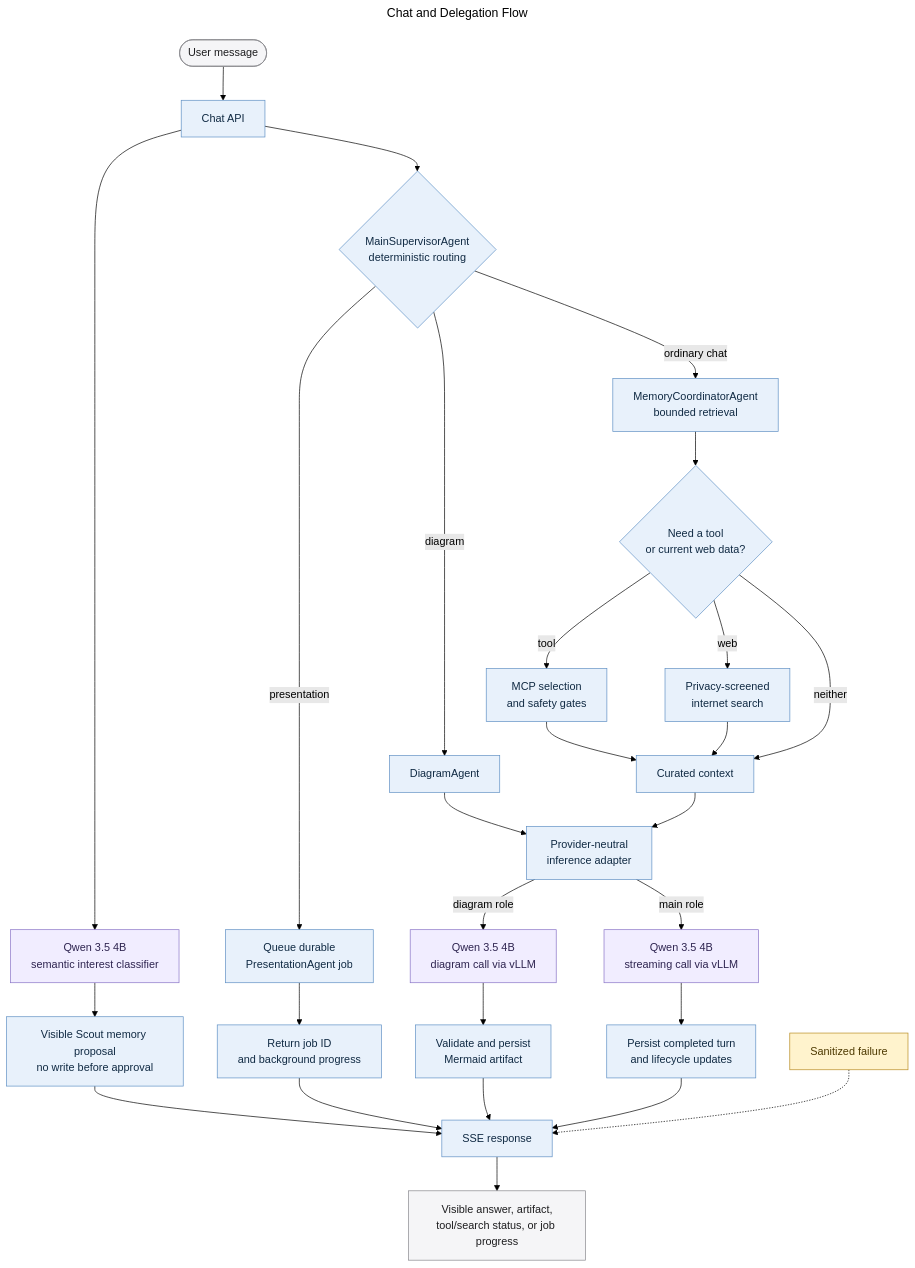
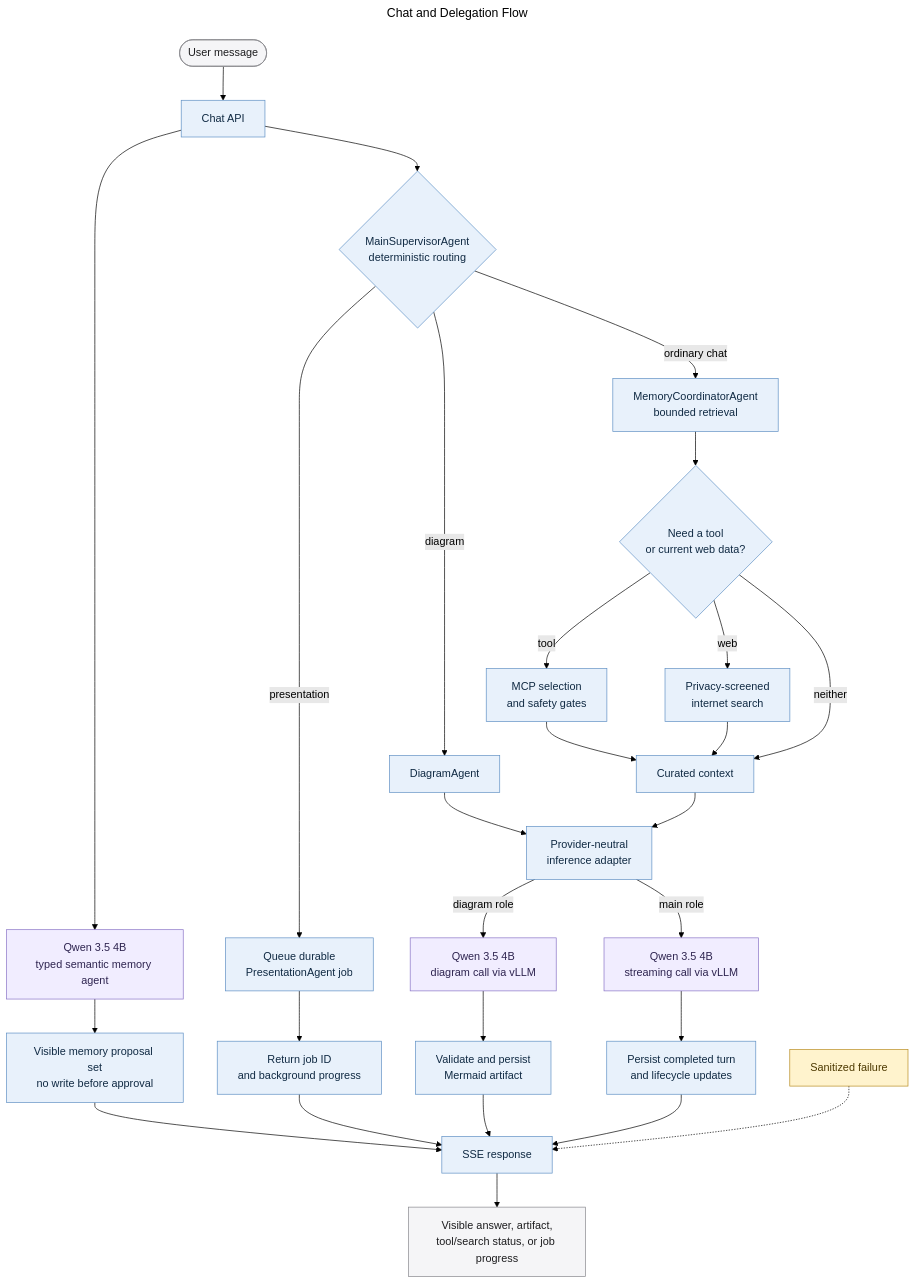
The diagram in docs/diagrams/chat-orchestration.mmd (MallyaAni/PersonalAssistant), drawn with Mermaid (forest theme) before and after one commit. The commit also changed 25 other files, not shown here.

```diff
--- a/docs/diagrams/chat-orchestration.mmd
+++ b/docs/diagrams/chat-orchestration.mmd
@@ -1,45 +1,45 @@
 ---
 title: Chat and Delegation Flow
 ---
 flowchart TB
     User([User message]) --> API[Chat API]
-    API --> Interest[Qwen 3.5 4B<br/>semantic interest classifier]
-    Interest --> Proposal[Visible Scout memory proposal<br/>no write before approval]
+    API --> Interest[Qwen 3.5 4B<br/>typed semantic memory agent]
+    Interest --> Proposal[Visible memory proposal set<br/>no write before approval]
     API --> Supervisor{MainSupervisorAgent<br/>deterministic routing}
 
     Supervisor -->|presentation| Presentation[Queue durable<br/>PresentationAgent job]
     Presentation --> Progress[Return job ID<br/>and background progress]
 
     Supervisor -->|diagram| Diagram[DiagramAgent]
     Diagram --> Inference[Provider-neutral<br/>inference adapter]
     Inference -->|diagram role| DiagramModel[Qwen 3.5 4B<br/>diagram call via vLLM]
     DiagramModel --> Artifact[Validate and persist<br/>Mermaid artifact]
 
     Supervisor -->|ordinary chat| Memory[MemoryCoordinatorAgent<br/>bounded retrieval]
     Memory --> Optional{Need a tool<br/>or current web data?}
     Optional -->|tool| MCP[MCP selection<br/>and safety gates]
     Optional -->|web| Search[Privacy-screened<br/>internet search]
     Optional -->|neither| Context[Curated context]
     MCP --> Context
     Search --> Context
 
     Context --> Inference
     Inference -->|main role| Main[Qwen 3.5 4B<br/>streaming call via vLLM]
     Main --> Persist[Persist completed turn<br/>and lifecycle updates]
     Persist --> Stream[SSE response]
     Proposal --> Stream
 
     Artifact --> Stream
     Progress --> Stream
     Stream --> UI[Visible answer, artifact,<br/>tool/search status, or job progress]
 
     Failure[Sanitized failure] -.-> Stream
 
     classDef interface fill:#f5f5f7,stroke:#86868b,color:#1d1d1f;
     classDef application fill:#e8f1fb,stroke:#5e8fc4,color:#102a43;
     classDef model fill:#f1edff,stroke:#8872c6,color:#2e2450;
     classDef failure fill:#fff3cd,stroke:#b78b20,color:#4d3900;
     class User,UI interface;
     class API,Supervisor,Presentation,Progress,Diagram,Artifact,Memory,Optional,MCP,Search,Context,Inference,Persist,Stream,Proposal application;
     class Main,DiagramModel,Interest model;
     class Failure failure;
```
